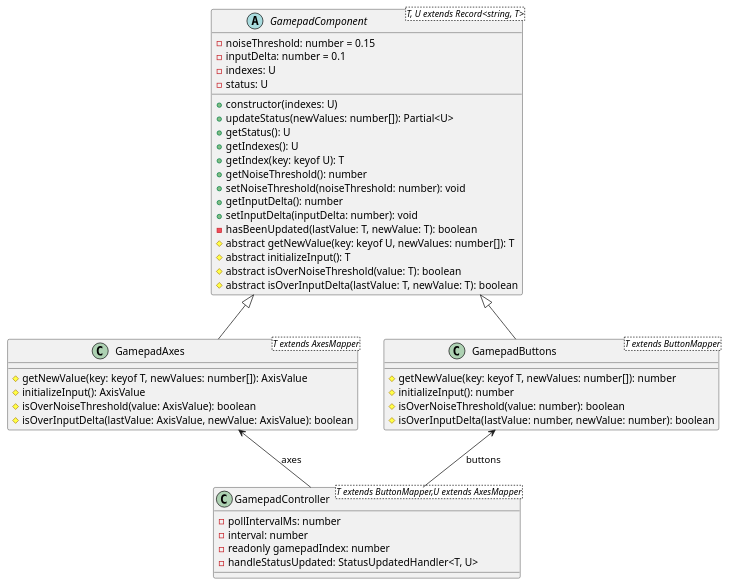
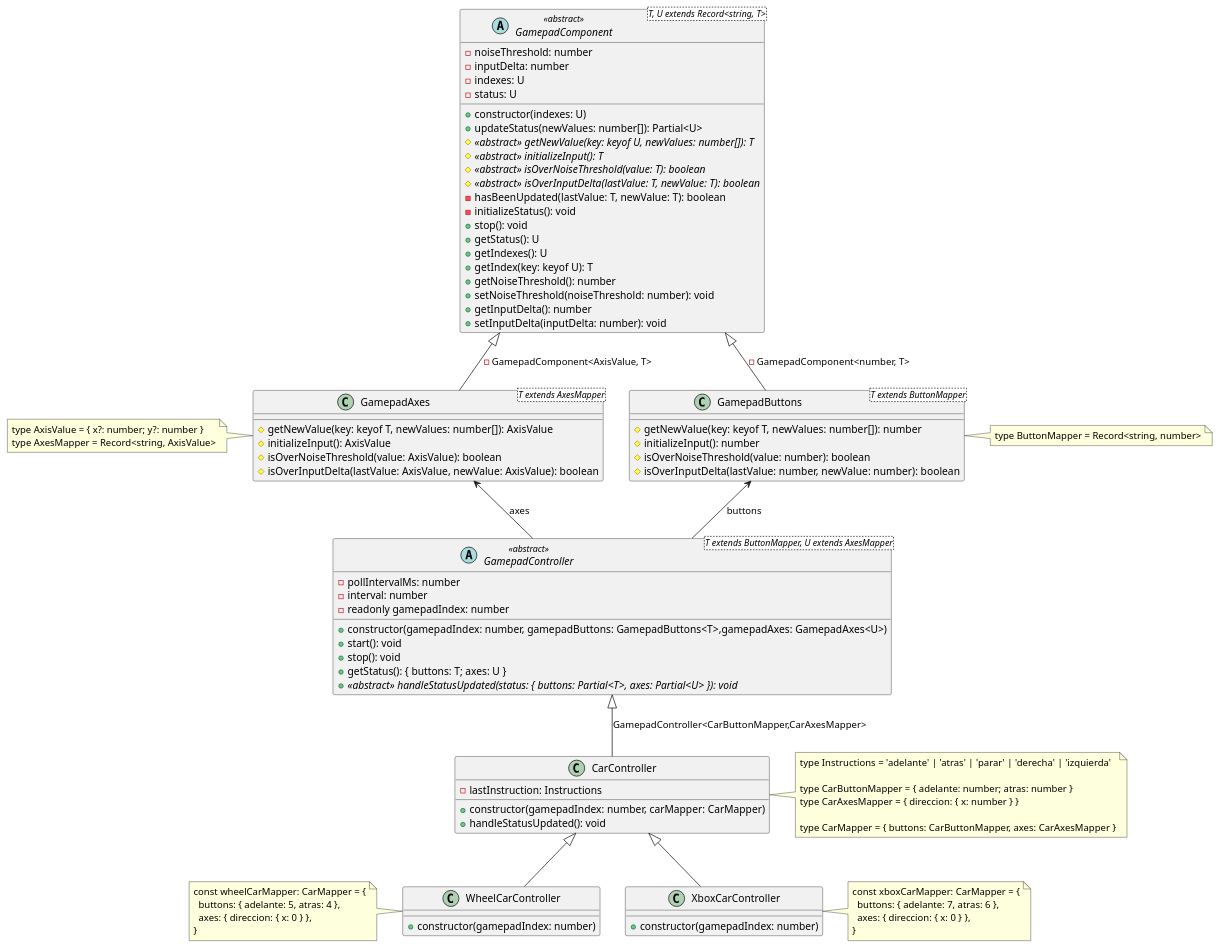
Before and after one commit to msilenzi/ts-car: the diagram in ts-car/diagrama.puml, drawn with PlantUML. The commit also changed 2 other files, not shown here.

```diff
--- a/ts-car/diagrama.puml
+++ b/ts-car/diagrama.puml
@@ -1,49 +1,118 @@
 @startuml
 
-abstract class GamepadComponent<T, U extends Record<string, T>> {
-  - noiseThreshold: number = 0.15
-  - inputDelta: number = 0.1
+abstract class GamepadComponent<T, U extends Record<string, T>> <<abstract>> {
+  - noiseThreshold: number
+  - inputDelta: number
   - indexes: U
   - status: U
 
   + constructor(indexes: U)
-  + updateStatus(newValues: number[]): Partial<U>
+  + updateStatus(newValues: number[]): Partial~<U>
+  # {abstract} <<abstract>> getNewValue(key: keyof U, newValues: number[]): T
+  # {abstract} <<abstract>> initializeInput(): T
+  # {abstract} <<abstract>> isOverNoiseThreshold(value: T): boolean
+  # {abstract} <<abstract>> isOverInputDelta(lastValue: T, newValue: T): boolean
+  - hasBeenUpdated(lastValue: T, newValue: T): boolean
+  - initializeStatus(): void
+  + stop(): void
   + getStatus(): U
   + getIndexes(): U
   + getIndex(key: keyof U): T
   + getNoiseThreshold(): number
   + setNoiseThreshold(noiseThreshold: number): void
   + getInputDelta(): number
   + setInputDelta(inputDelta: number): void
-  - hasBeenUpdated(lastValue: T, newValue: T): boolean
-  # abstract getNewValue(key: keyof U, newValues: number[]): T
-  # abstract initializeInput(): T
-  # abstract isOverNoiseThreshold(value: T): boolean
-  # abstract isOverInputDelta(lastValue: T, newValue: T): boolean
 }
 
-class GamepadAxes<T extends AxesMapper> extends GamepadComponent {
+
+class GamepadAxes<T extends AxesMapper> {
   # getNewValue(key: keyof T, newValues: number[]): AxisValue
   # initializeInput(): AxisValue
   # isOverNoiseThreshold(value: AxisValue): boolean
   # isOverInputDelta(lastValue: AxisValue, newValue: AxisValue): boolean
 }
 
-class GamepadButtons<T extends ButtonMapper> extends GamepadComponent {
+note left of GamepadAxes
+  type AxisValue = { x?: number; y?: number }
+  type AxesMapper = Record<string, AxisValue>
+end note
+
+
+class GamepadButtons<T extends ButtonMapper> {
   # getNewValue(key: keyof T, newValues: number[]): number
   # initializeInput(): number
   # isOverNoiseThreshold(value: number): boolean
   # isOverInputDelta(lastValue: number, newValue: number): boolean
 }
 
-class GamepadController<T extends ButtonMapper,U extends AxesMapper> {
+note right of GamepadButtons
+  type ButtonMapper = Record<string, number>
+end note
+
+
+abstract class GamepadController<T extends ButtonMapper, U extends AxesMapper> <<abstract>> {
   - pollIntervalMs: number
   - interval: number
   - readonly gamepadIndex: number
-  - handleStatusUpdated: StatusUpdatedHandler<T, U>
+
+  + constructor(gamepadIndex: number, gamepadButtons: GamepadButtons<T>,gamepadAxes: GamepadAxes~<U>)
+  + start(): void
+  + stop(): void
+  + getStatus(): { buttons: T; axes: U }
+  + {abstract} <<abstract>> handleStatusUpdated(status: { buttons: Partial<T>, axes: Partial~<U> }): void
 }
 
-GamepadAxes <-- GamepadController : axes
-GamepadButtons <-- GamepadController : buttons
+
+class CarController {
+  - lastInstruction: Instructions
+  
+  + constructor(gamepadIndex: number, carMapper: CarMapper)
+  + handleStatusUpdated(): void
+}
+
+note right of CarController
+  type Instructions = 'adelante' | 'atras' | 'parar' | 'derecha' | 'izquierda'
+
+  type CarButtonMapper = { adelante: number; atras: number }
+  type CarAxesMapper = { direccion: { x: number } }
+
+  type CarMapper = { buttons: CarButtonMapper, axes: CarAxesMapper }
+end note
+
+
+class WheelCarController {
+  + constructor(gamepadIndex: number)
+}
+
+note left of WheelCarController
+  const wheelCarMapper: CarMapper = {
+    buttons: { adelante: 5, atras: 4 },
+    axes: { direccion: { x: 0 } },
+  }
+end note
+
+
+class XboxCarController {
+  + constructor(gamepadIndex: number)
+}
+
+note right of XboxCarController
+  const xboxCarMapper: CarMapper = {
+    buttons: { adelante: 7, atras: 6 },
+    axes: { direccion: { x: 0 } },
+  }
+end note
+
+
+GamepadComponent <|-- GamepadAxes : - GamepadComponent<AxisValue, T>
+GamepadComponent <|-- GamepadButtons: - GamepadComponent<number, T>
+
+GamepadAxes    <-- GamepadController : axes
+GamepadButtons <-- GamepadController: buttons
+
+GamepadController <|-- CarController : GamepadController<CarButtonMapper,CarAxesMapper>
+
+CarController <|-- WheelCarController
+CarController <|-- XboxCarController
 
 @enduml
```
